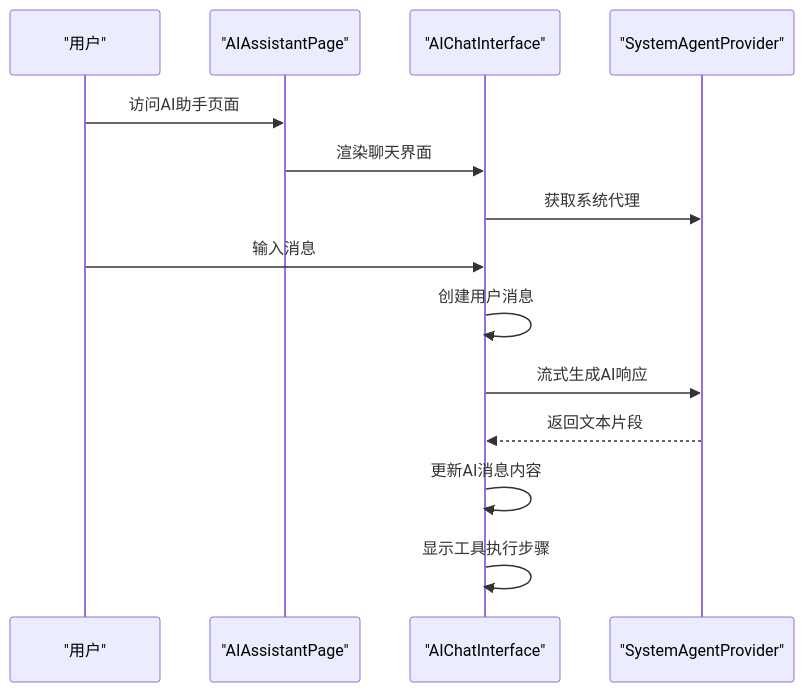
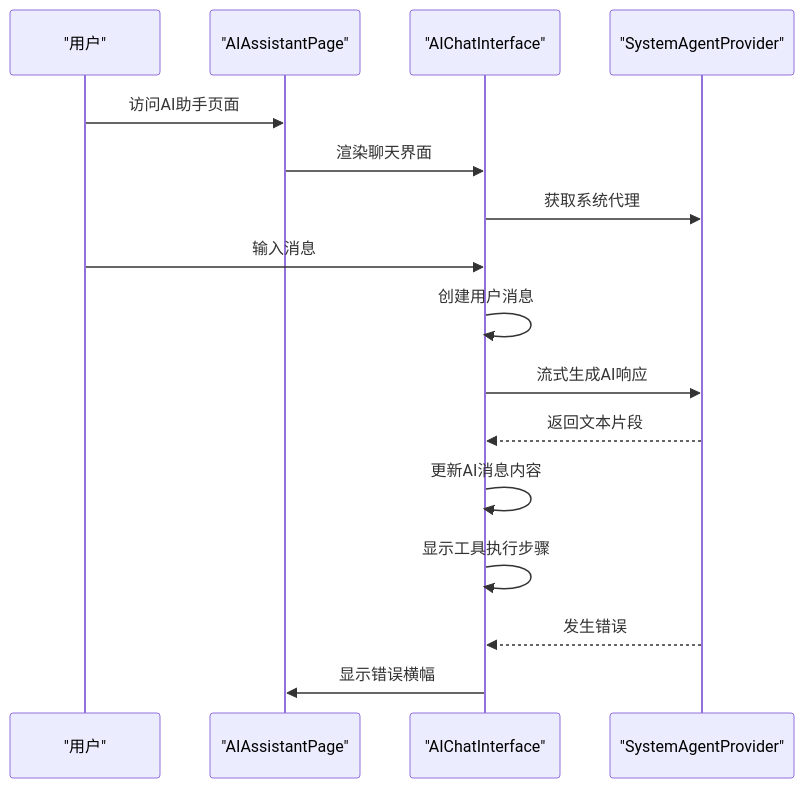
One commit to LRF0422/Kotion changed the seventh of 17 diagrams in .qoder/repowiki/zh/content/功能模块/AI插件/AI聊天界面.md. Above: the diagram before and after it, drawn with Mermaid. The commit also changed other lines of this file and 34 other files, not shown here.

````diff
--- a/.qoder/repowiki/zh/content/功能模块/AI插件/AI聊天界面.md
+++ b/.qoder/repowiki/zh/content/功能模块/AI插件/AI聊天界面.md
@@ -405,16 +431,18 @@
 ```mermaid
 sequenceDiagram
 participant U as "用户"
 participant P as "AIAssistantPage"
 participant I as "AIChatInterface"
 participant S as "SystemAgentProvider"
 U->>P : 访问AI助手页面
 P->>I : 渲染聊天界面
 I->>S : 获取系统代理
 U->>I : 输入消息
 I->>I : 创建用户消息
 I->>S : 流式生成AI响应
 S-->>I : 返回文本片段
 I->>I : 更新AI消息内容
 I->>I : 显示工具执行步骤
+S-->>I : 发生错误
+I->>P : 显示错误横幅
 ```
````
